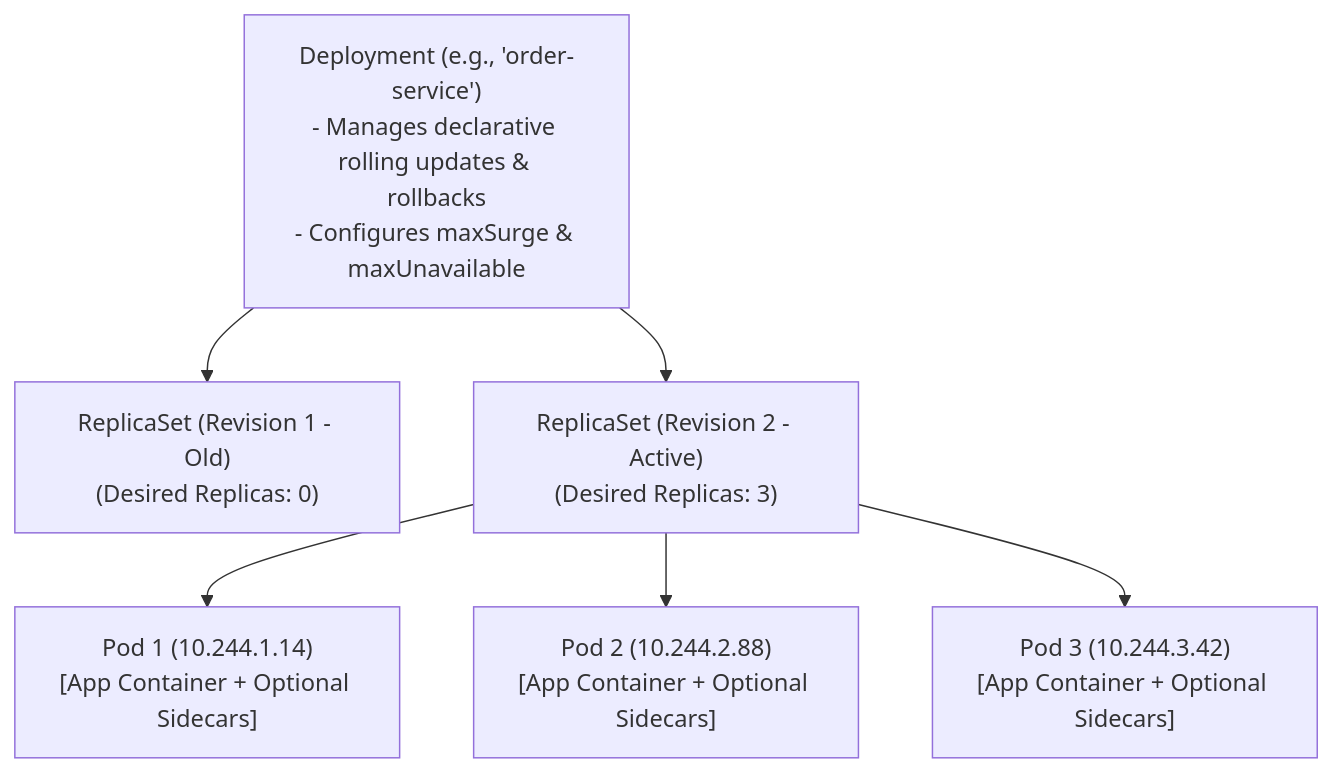
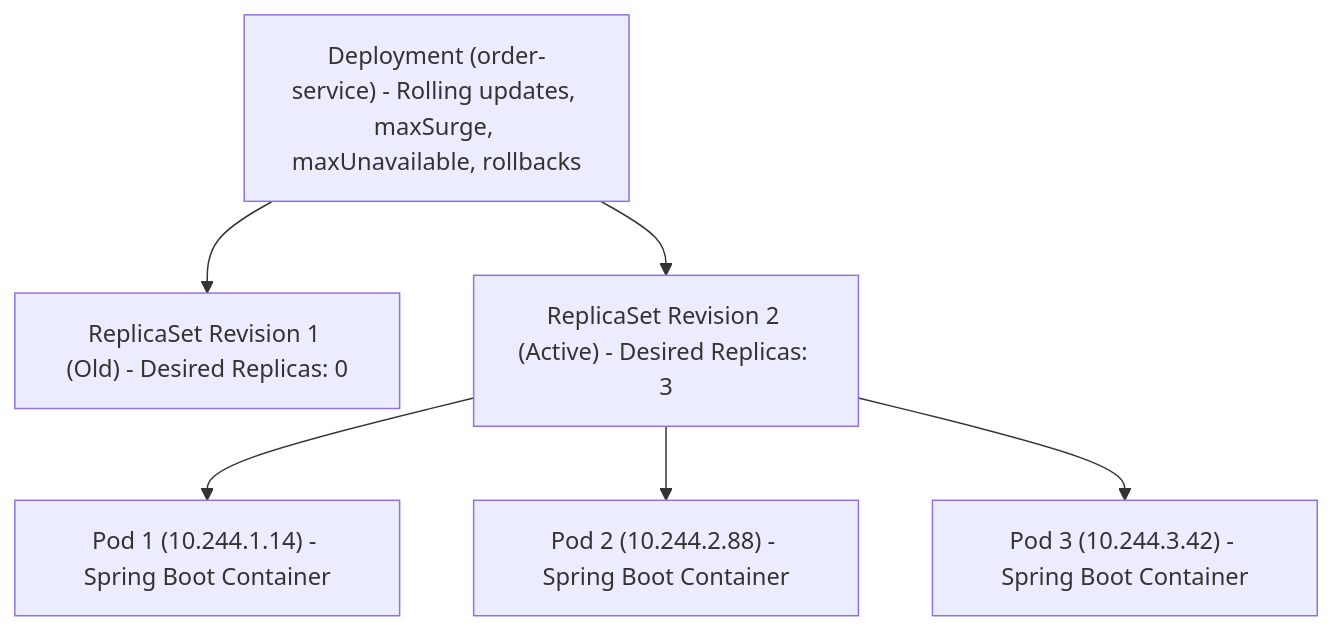
Before and after one commit to ravishankar2463/java_hub: the first of 3 diagrams in content/roadmap/level-12/kubernetes-k8s-for-java-devs.md, drawn with Mermaid. The commit also changed other lines of this file and 119 other files, not shown here.

Commit message:
feat: add comprehensive java learning roadmap content across multiple levels

````diff
--- a/content/roadmap/level-12/kubernetes-k8s-for-java-devs.md
+++ b/content/roadmap/level-12/kubernetes-k8s-for-java-devs.md
@@ -20,18 +18,10 @@
 ```mermaid
 flowchart TD
-    Deployment["Deployment (e.g., 'order-service')
-- Manages declarative rolling updates & rollbacks
-- Configures maxSurge & maxUnavailable"]
-    
-    Deployment --> RS1["ReplicaSet (Revision 1 - Old)
-(Desired Replicas: 0)"]
-    Deployment --> RS2["ReplicaSet (Revision 2 - Active)
-(Desired Replicas: 3)"]
+    Deployment["Deployment (order-service) - Rolling updates, maxSurge, maxUnavailable, rollbacks"]
+    Deployment --> RS1["ReplicaSet Revision 1 (Old) - Desired Replicas: 0"]
+    Deployment --> RS2["ReplicaSet Revision 2 (Active) - Desired Replicas: 3"]
 
-    RS2 --> Pod1["Pod 1 (10.244.1.14)
-[App Container + Optional Sidecars]"]
-    RS2 --> Pod2["Pod 2 (10.244.2.88)
-[App Container + Optional Sidecars]"]
-    RS2 --> Pod3["Pod 3 (10.244.3.42)
-[App Container + Optional Sidecars]"]
+    RS2 --> Pod1["Pod 1 (10.244.1.14) - Spring Boot Container"]
+    RS2 --> Pod2["Pod 2 (10.244.2.88) - Spring Boot Container"]
+    RS2 --> Pod3["Pod 3 (10.244.3.42) - Spring Boot Container"]
 ```
````
